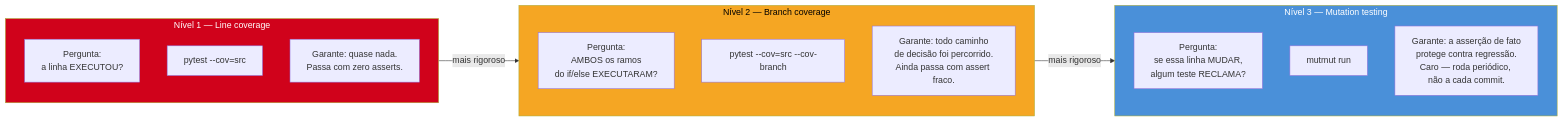
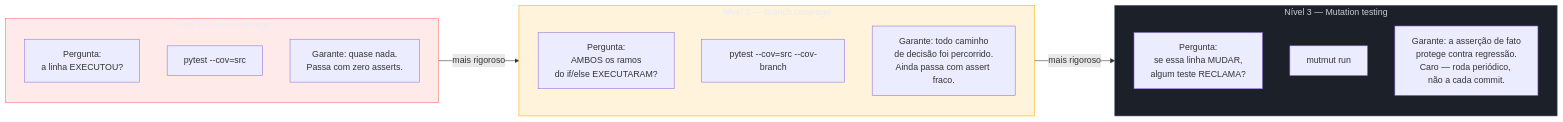
The third of 3 diagrams in 03-Dominios/Tecnologia/Python/Testes/07 - Coverage — pytest-cov e o que ele não mede.md (josenaldo/codex-technomanticus), drawn with Mermaid before and after one commit. The commit also changed other lines of this file and 1181 other files, not shown here.

First line of the commit message:
fix(diagramas): paleta do sistema no lugar de cor cravada no markdown

````diff
--- a/03-Dominios/Tecnologia/Python/Testes/07 - Coverage — pytest-cov e o que ele não mede.md
+++ b/03-Dominios/Tecnologia/Python/Testes/07 - Coverage — pytest-cov e o que ele não mede.md
@@ -252,30 +255,33 @@
 ```mermaid
 flowchart LR
+    classDef falha fill:#FF6B6B24,stroke:#FF6B6B,color:#E9ECF2
+    classDef destaque fill:#FFAA0024,stroke:#FFAA00,color:#E9ECF2
+    classDef neutro fill:#1B2029,stroke:#4E5666,color:#C6CCD8
     subgraph L1["Nível 1 — Line coverage"]
         direction TB
         A1["Pergunta:<br/>a linha EXECUTOU?"]
         A2["pytest --cov=src"]
         A3["Garante: quase nada.<br/>Passa com zero asserts."]
     end
 
     subgraph L2["Nível 2 — Branch coverage"]
         direction TB
         B1["Pergunta:<br/>AMBOS os ramos<br/>do if/else EXECUTARAM?"]
         B2["pytest --cov=src --cov-branch"]
         B3["Garante: todo caminho<br/>de decisão foi percorrido.<br/>Ainda passa com assert fraco."]
     end
 
     subgraph L3["Nível 3 — Mutation testing"]
         direction TB
         C1["Pergunta:<br/>se essa linha MUDAR,<br/>algum teste RECLAMA?"]
         C2["mutmut run"]
         C3["Garante: a asserção de fato<br/>protege contra regressão.<br/>Caro — roda periódico, não a cada commit."]
     end
 
     L1 -->|"mais rigoroso"| L2
     L2 -->|"mais rigoroso"| L3
 
-    style L1 fill:#D0021B,color:#fff
-    style L2 fill:#F5A623,color:#000
-    style L3 fill:#4A90D9,color:#fff
+    class L1 falha
+    class L2 destaque
+    class L3 neutro
 ```
````
